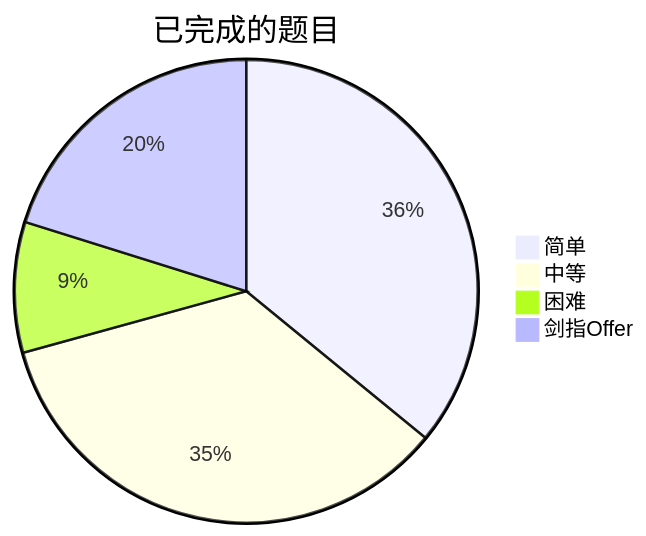
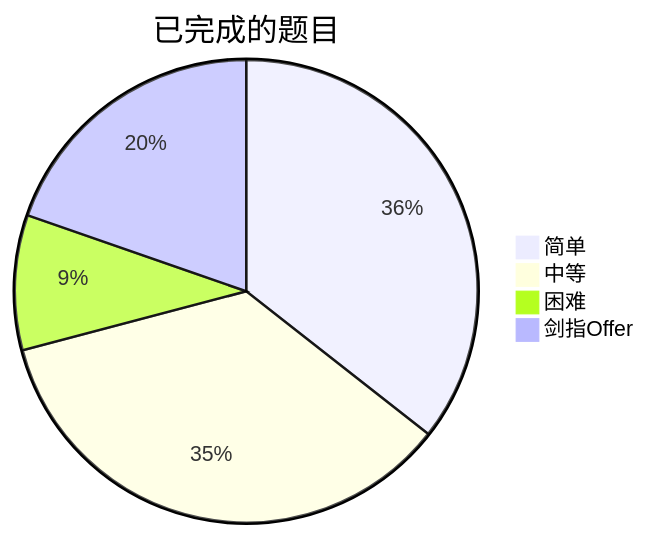
Before and after one commit to kaisa911/LeetCode: the diagram in README.md, drawn with Mermaid. The commit also changed other lines of this file and 13 other files, not shown here.

````diff
--- a/README.md
+++ b/README.md
@@ -9,7 +9,7 @@
 ```mermaid
 pie title 已完成的题目
-    "简单" : 130
-    "中等" : 126
-    "困难" : 33
+    "简单" : 132
+    "中等" : 131
+    "困难" : 35
     "剑指Offer" : 73
 ```
````
